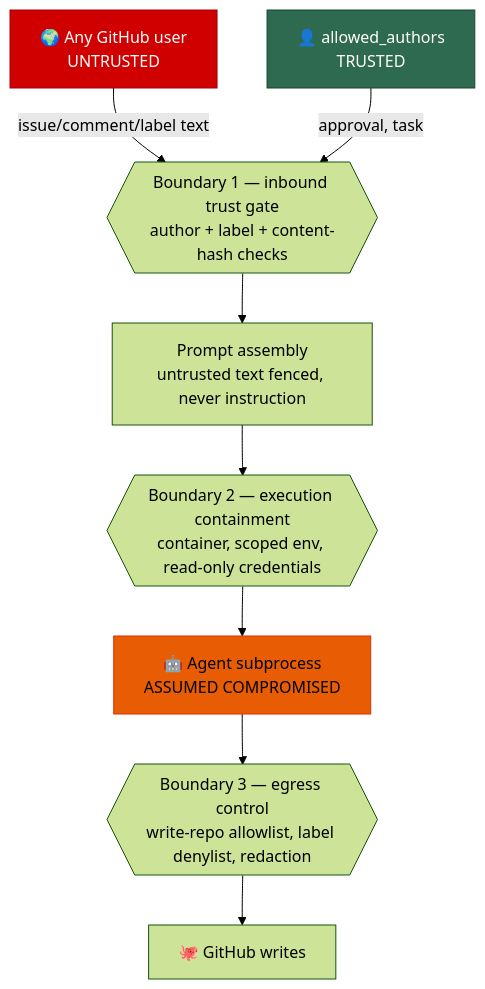
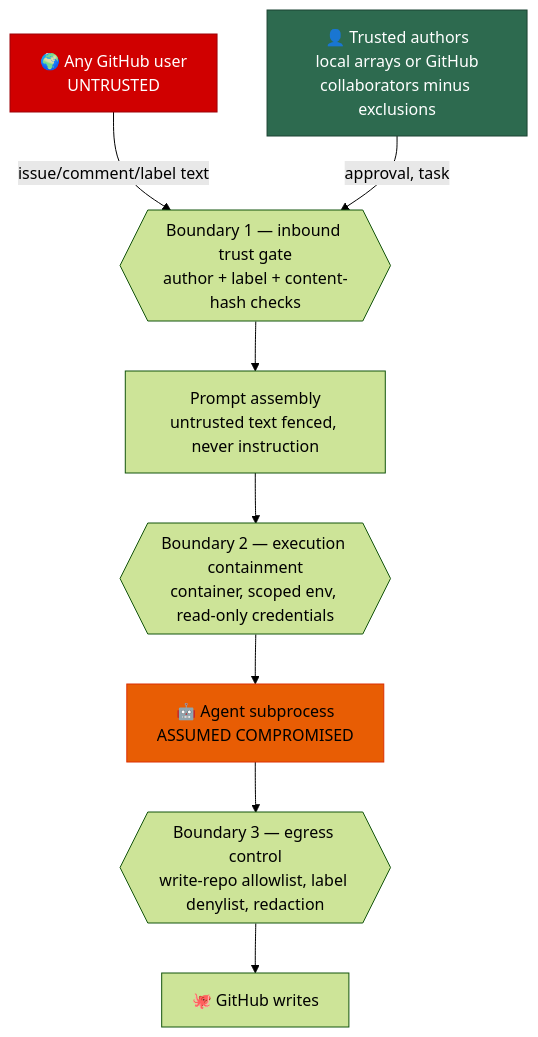
Before and after one commit to stSoftwareAU/VibeCoder: the second of 2 diagrams in docs/THREAT-MODEL.md, drawn with Mermaid (forest theme). The commit also changed other lines of this file and 7 other files, not shown here.

First line of the commit message:
docs: GitHub-derived authorised-author allowlists (Issue #255)

````diff
--- a/docs/THREAT-MODEL.md
+++ b/docs/THREAT-MODEL.md
@@ -81,15 +81,15 @@
 ```mermaid
 flowchart TD
     U["🌍 Any GitHub user<br/>UNTRUSTED"] -->|"issue/comment/label text"| BND
-    T["👤 allowed_authors<br/>TRUSTED"] -->|"approval, task"| BND
+    T["👤 Trusted authors<br/>local arrays or GitHub<br/>collaborators minus exclusions"] -->|"approval, task"| BND
     BND{{"Boundary 1 — inbound trust gate<br/>author + label + content-hash checks"}}
     BND --> P["Prompt assembly<br/>untrusted text fenced, never instruction"]
     P --> BND2{{"Boundary 2 — execution containment<br/>container, scoped env, read-only credentials"}}
     BND2 --> AG["🤖 Agent subprocess<br/>ASSUMED COMPROMISED"]
     AG --> BND3{{"Boundary 3 — egress control<br/>write-repo allowlist, label denylist, redaction"}}
     BND3 --> OUT["🐙 GitHub writes"]
 
     style U fill:#d00000,stroke:#9d0208,color:#fff
     style T fill:#2d6a4f,stroke:#1b4332,color:#fff
     style AG fill:#e85d04,stroke:#dc2f02,color:#000
 ```
````
